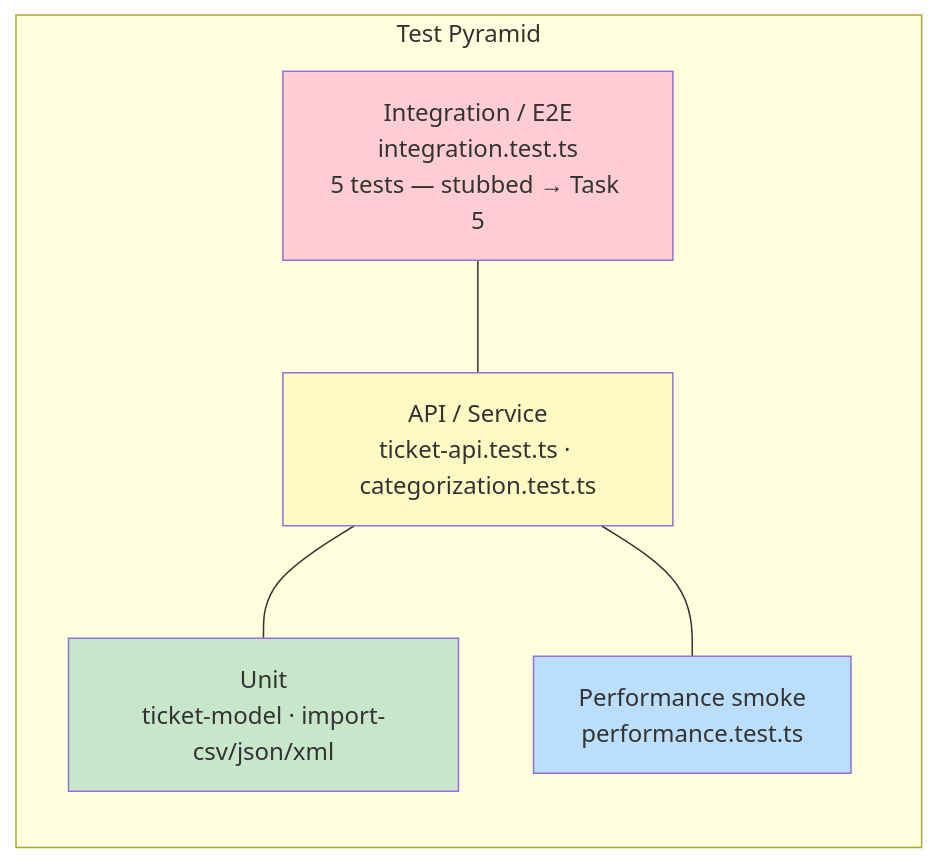
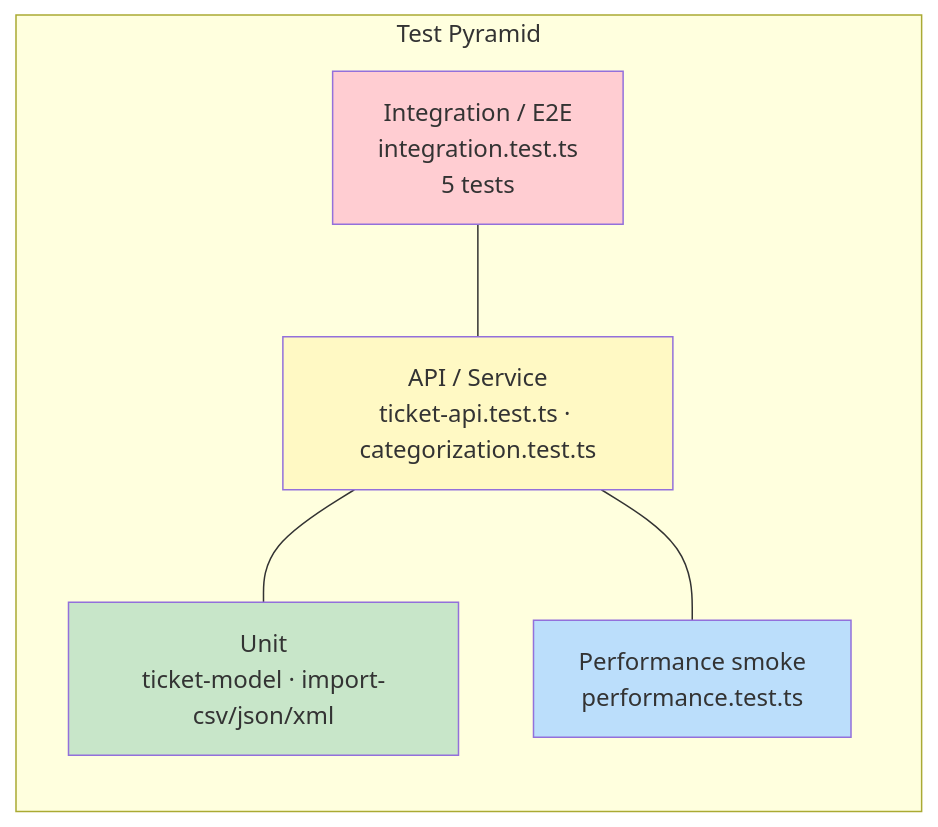
Before and after one commit to 3meyc/gen-ai-software-engineering: the diagram in homework-2/TESTING_GUIDE.md, drawn with Mermaid. The commit also changed other lines of this file and 7 other files, not shown here.

````diff
--- a/homework-2/TESTING_GUIDE.md
+++ b/homework-2/TESTING_GUIDE.md
@@ -9,19 +9,19 @@
 ```mermaid
 flowchart TB
   subgraph pyramid["Test Pyramid"]
     direction TB
-    E2E["Integration / E2E<br/>integration.test.ts<br/>5 tests — stubbed → Task 5"]
+    E2E["Integration / E2E<br/>integration.test.ts<br/>5 tests"]
     API["API / Service<br/>ticket-api.test.ts · categorization.test.ts"]
     UNIT["Unit<br/>ticket-model · import-csv/json/xml"]
     PERF["Performance smoke<br/>performance.test.ts"]
   end
 
   E2E --- API
   API --- UNIT
   API --- PERF
 
   style E2E fill:#ffcdd2
   style API fill:#fff9c4
   style UNIT fill:#c8e6c9
   style PERF fill:#bbdefb
 ```
````
